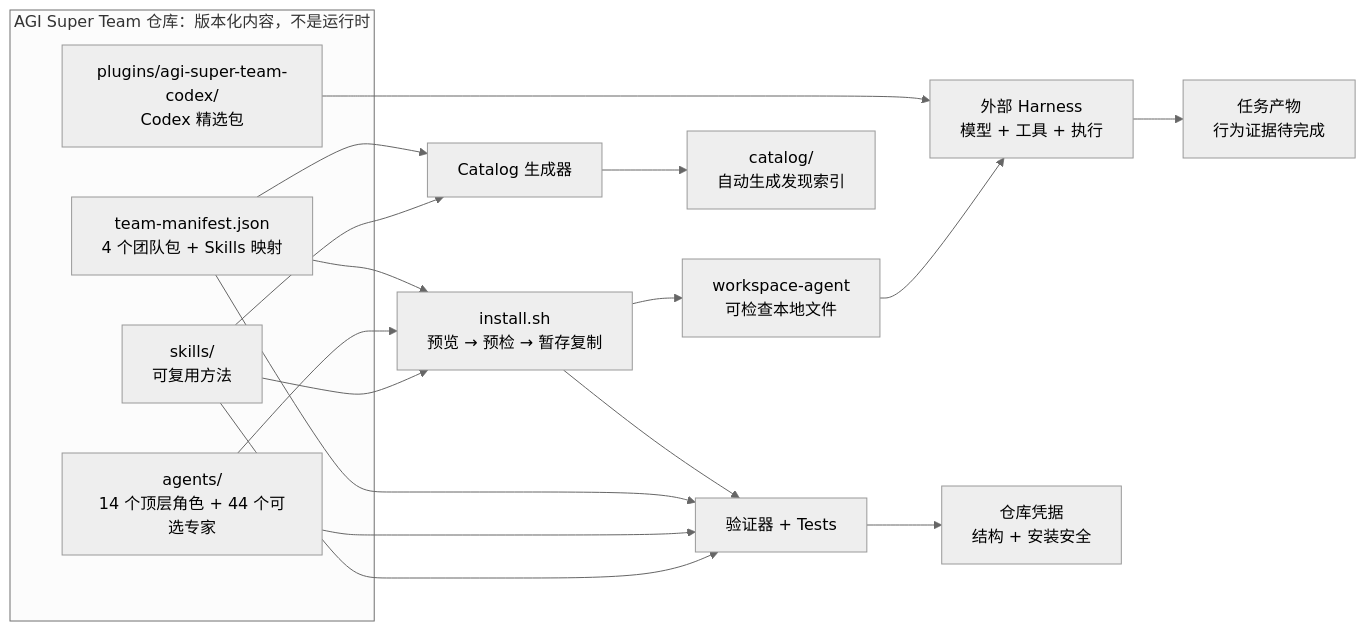
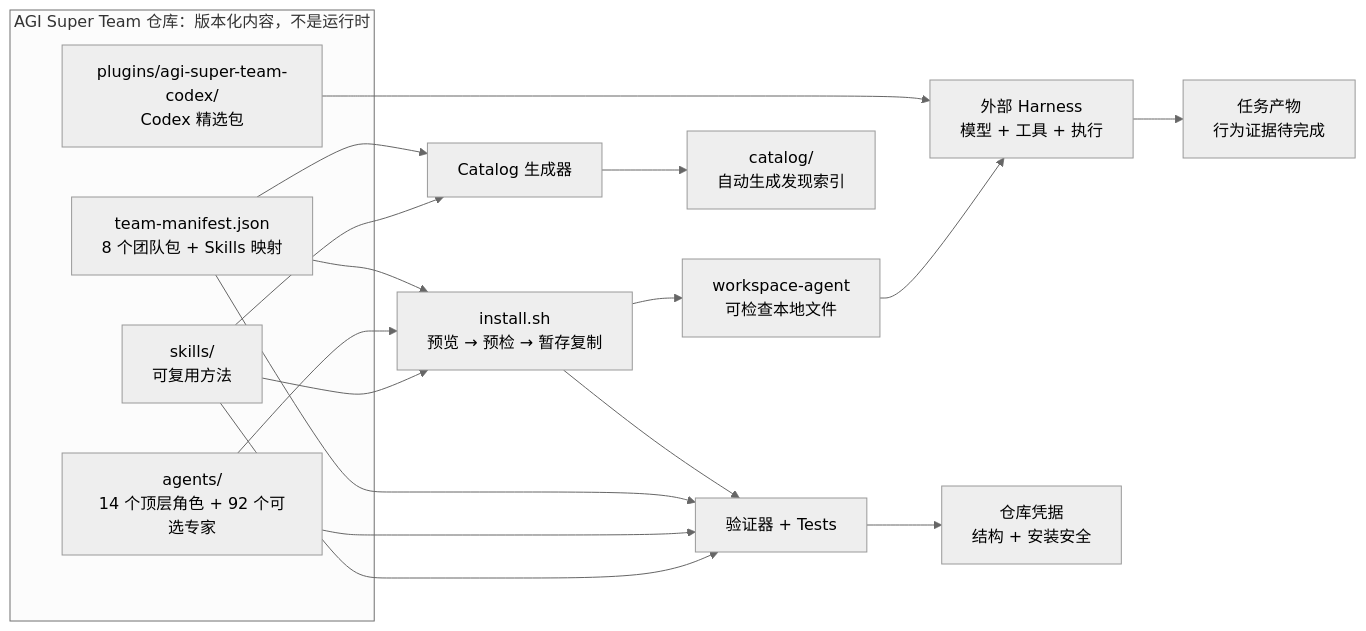
One commit to aAAaqwq/AGI-Super-Skills changed the second of 2 diagrams in README_CN.md. Above: the diagram before and after it, drawn with Mermaid (neutral theme). The commit also changed other lines of this file and 197 other files, not shown here.

````diff
--- a/README_CN.md
+++ b/README_CN.md
@@ -278,27 +286,27 @@
 ```mermaid
 flowchart LR
   subgraph R["AGI Super Team 仓库：版本化内容，不是运行时"]
     S["skills/<br/>可复用方法"]
-    A["agents/<br/>14 个顶层角色 + 44 个可选专家"]
-    M["team-manifest.json<br/>4 个团队包 + Skills 映射"]
+    A["agents/<br/>14 个顶层角色 + 92 个可选专家"]
+    M["team-manifest.json<br/>8 个团队包 + Skills 映射"]
     C["plugins/agi-super-team-codex/<br/>Codex 精选包"]
   end
 
   S --> I["install.sh<br/>预览 → 预检 → 暂存复制"]
   A --> I
   M --> I
   I --> W["workspace-agent<br/>可检查本地文件"]
   W --> H["外部 Harness<br/>模型 + 工具 + 执行"]
   C --> H
   H --> O["任务产物<br/>行为证据待完成"]
 
   S --> G["Catalog 生成器"]
   M --> G
   G --> K["catalog/<br/>自动生成发现索引"]
 
   S --> V["验证器 + Tests"]
   A --> V
   M --> V
   I --> V
   V --> E["仓库凭据<br/>结构 + 安装安全"]
 ```
````
